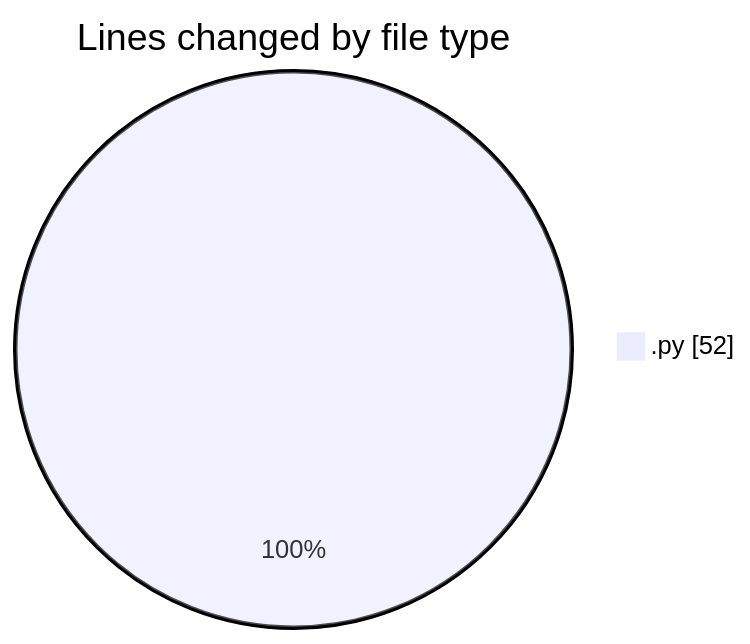
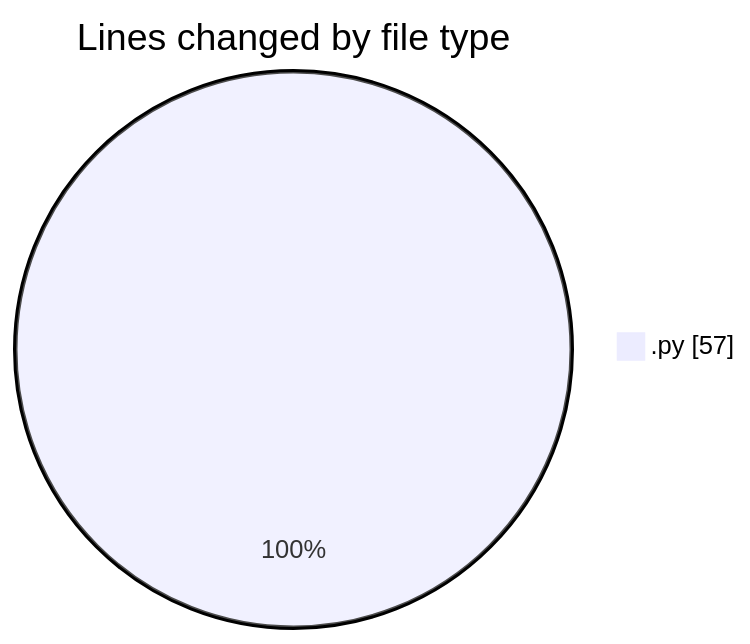
Before and after one commit to momahboobian/code-tracking: the first of 2 diagrams in 2025-02-22/samplepdf/README.md, drawn with Mermaid. The commit also changed other lines of this file and 1 other file, not shown here.

````diff
--- a/2025-02-22/samplepdf/README.md
+++ b/2025-02-22/samplepdf/README.md
@@ -20,5 +20,5 @@
 ```mermaid
 pie showData
 title Lines changed by file type
-".py" : 52
+".py" : 57
 ```
````
